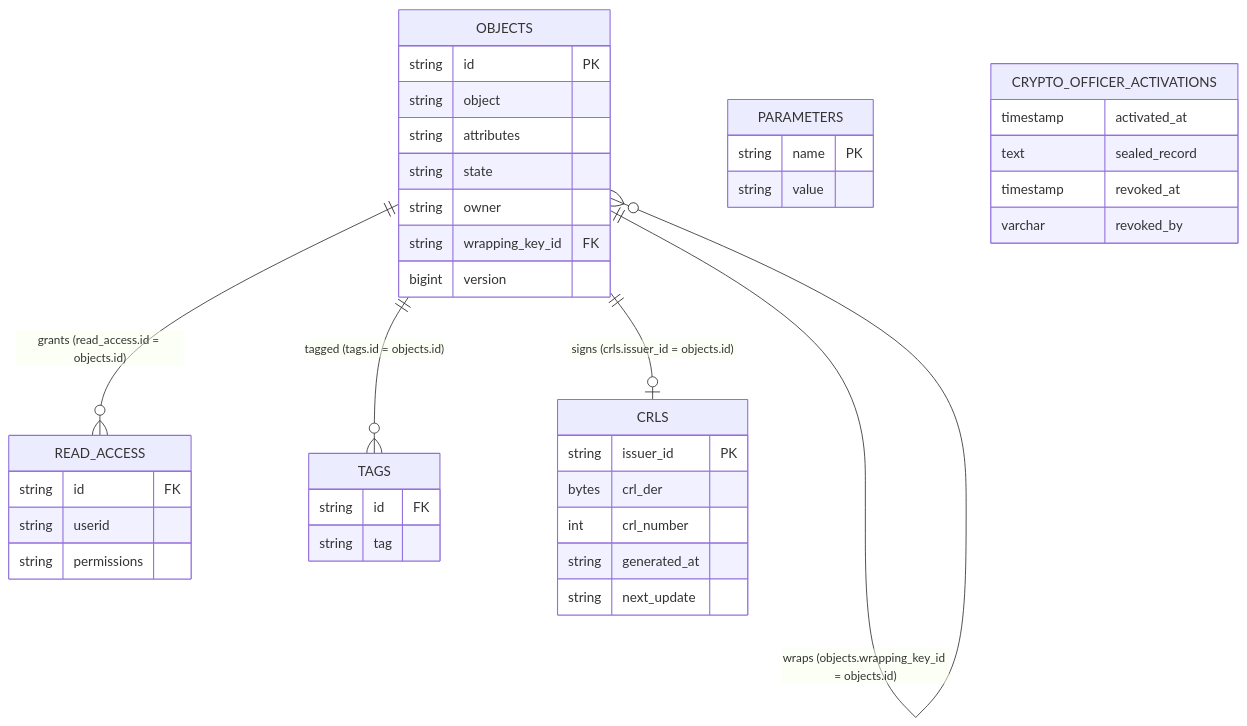
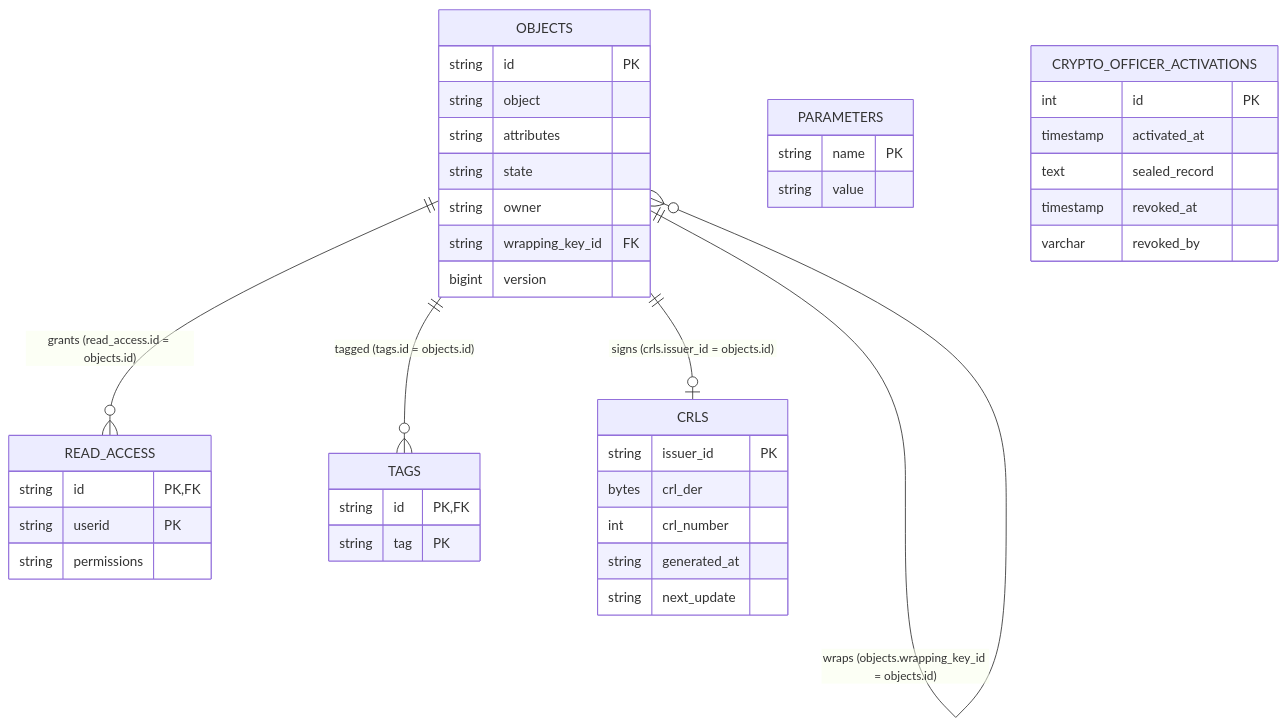
The diagram in documentation/docs/configuration/database/tables.md (Cosmian/kms), drawn with Mermaid before and after one commit. The commit also changed other lines of this file and 36 other files, not shown here.

````diff
--- a/documentation/docs/configuration/database/tables.md
+++ b/documentation/docs/configuration/database/tables.md
@@ -25,42 +26,43 @@
 ```mermaid
 erDiagram
     OBJECTS ||--o{ READ_ACCESS : "grants (read_access.id = objects.id)"
     OBJECTS ||--o{ TAGS : "tagged (tags.id = objects.id)"
     OBJECTS ||--o{ OBJECTS : "wraps (objects.wrapping_key_id = objects.id)"
     OBJECTS ||--o| CRLS : "signs (crls.issuer_id = objects.id)"
     PARAMETERS {
         string name PK
         string value
     }
     OBJECTS {
         string id PK
         string object
         string attributes
         string state
         string owner
         string wrapping_key_id FK
         bigint version
     }
     READ_ACCESS {
-        string id FK
-        string userid
+        string id PK,FK
+        string userid PK
         string permissions
     }
     TAGS {
-        string id FK
-        string tag
+        string id PK,FK
+        string tag PK
     }
     CRLS {
         string issuer_id PK
         bytes  crl_der
         int    crl_number
         string generated_at
         string next_update
     }
     CRYPTO_OFFICER_ACTIVATIONS {
+        int id PK
         timestamp activated_at
         text sealed_record
         timestamp revoked_at
         varchar revoked_by
     }
 ```
````
